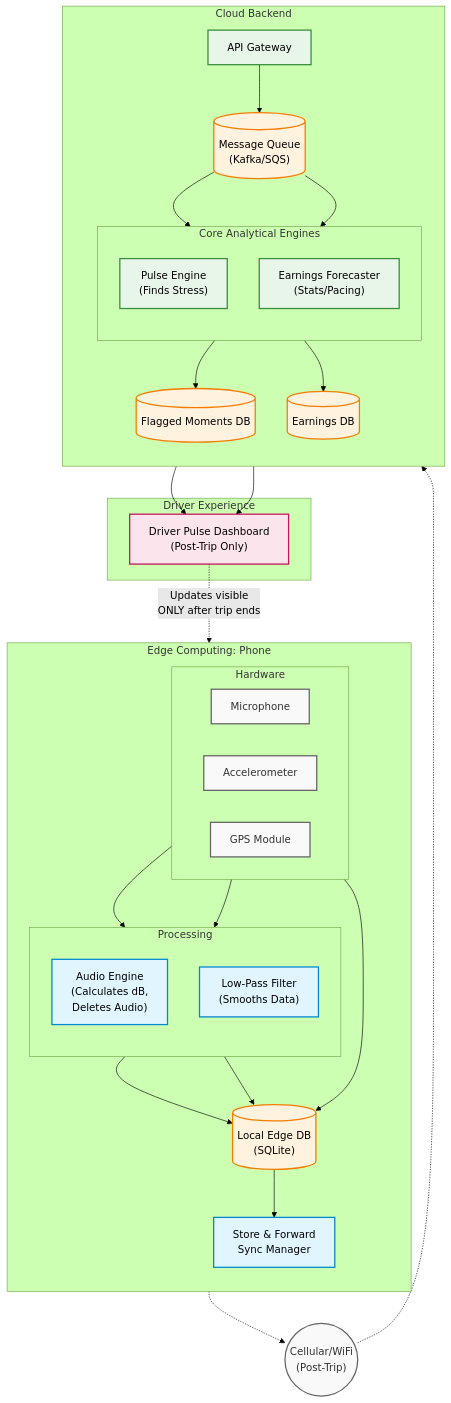
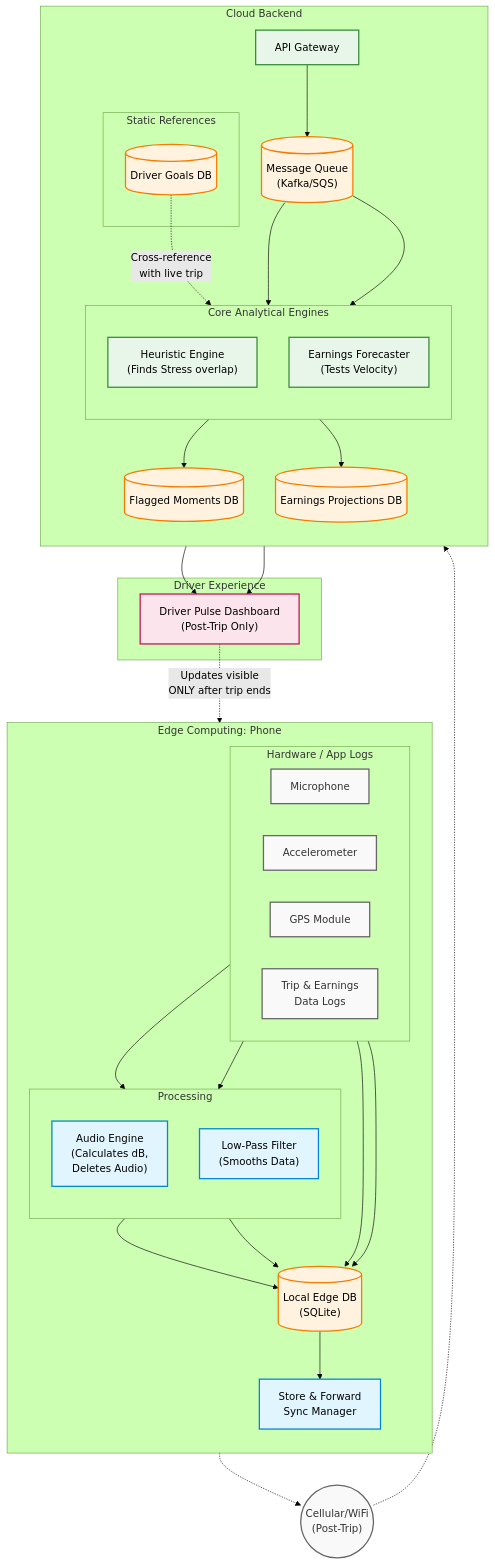
Before and after one commit to parthvijay123/Uber-Hackthon-: the diagram in driver_pulse_hackathon_data/DESIGN.md, drawn with Mermaid (forest theme). The commit also changed other lines of this file, not shown here.

Commit message:
Added Earning velocity logic to design architrecture

```diff
--- a/driver_pulse_hackathon_data/DESIGN.md
+++ b/driver_pulse_hackathon_data/DESIGN.md
@@ -64,11 +78,12 @@
     subgraph EdgeDevice ["Edge Computing: Phone"]
         direction TB
         
-        subgraph Sensors ["Hardware"]
+        subgraph Sensors ["Hardware / App Logs"]
             direction LR
             Mic["Microphone"]:::hardware
             Accel["Accelerometer"]:::hardware
             GPS["GPS Module"]:::hardware
+            AppLog["Trip & Earnings<br>Data Logs"]:::hardware
         end
 
         subgraph EdgeProcessing ["Processing"]
@@ -86,6 +101,7 @@
         GPS --> LocalDB
         AudioProcess --> LocalDB
         MotionFilter --> LocalDB
+        AppLog --> LocalDB
         LocalDB --> SyncManager
     end
 
@@ -100,14 +116,21 @@
         Gateway["API Gateway"]:::cloudApp
         MQ[("Message Queue<br>(Kafka/SQS)")]:::storage
         
+        subgraph StaticData ["Static References"]
+            GoalDB[("Driver Goals DB")]:::storage
+        end
+        
         subgraph Engines ["Core Analytical Engines"]
             direction TB
-            PulseEngine["Pulse Engine<br>(Finds Stress)"]:::cloudApp
-            FinanceEngine["Earnings Forecaster<br>(Stats/Pacing)"]:::cloudApp
+            PulseEngine["Heuristic Engine<br>(Finds Stress overlap)"]:::cloudApp
+            FinanceEngine["Earnings Forecaster<br>(Tests Velocity)"]:::cloudApp
+            
+            %% Connecting Static Data
+            GoalDB -.->|"Cross-reference<br>with live trip"| FinanceEngine
         end
 
         FlagDB[("Flagged Moments DB")]:::storage
-        EarnDB[("Earnings DB")]:::storage
+        EarnDB[("Earnings Projections DB")]:::storage
 
         %% Cloud Connections
         Gateway --> MQ
```
